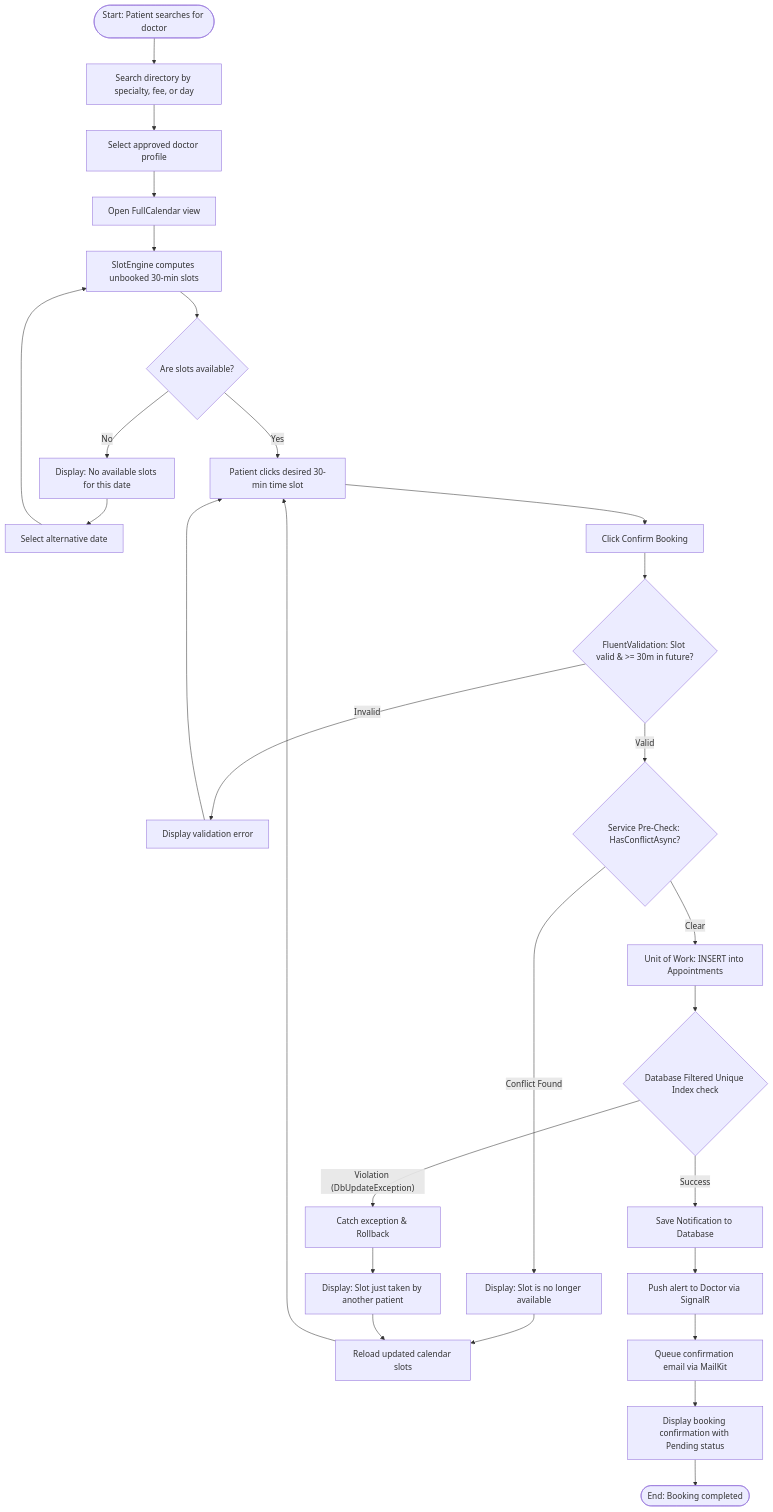
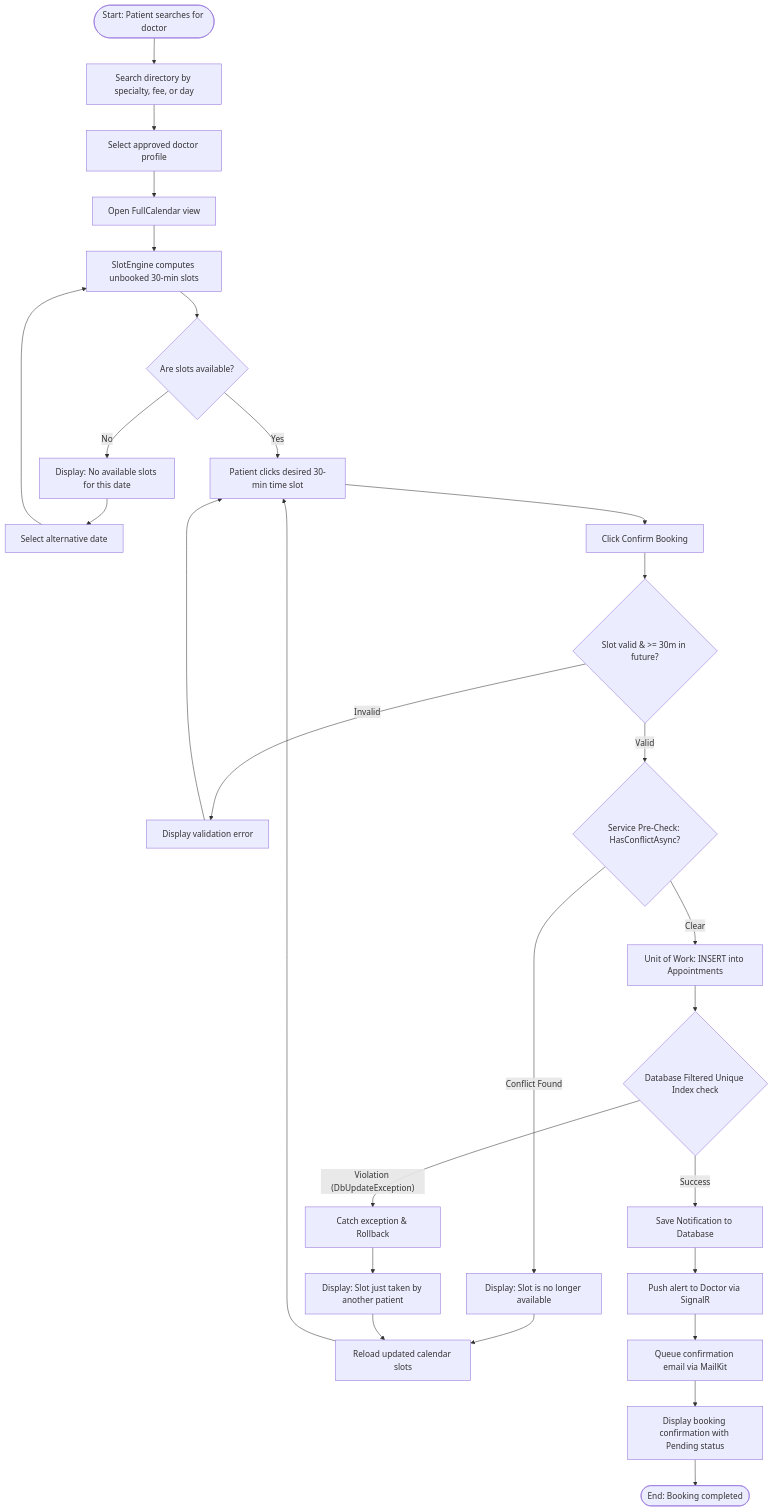
The first of 3 diagrams in docs/04-design/behavior/activity-diagrams.md (foxelhadad812-design/MediCare), drawn with Mermaid before and after one commit. The commit also changed other lines of this file and 11 other files, not shown here.

First line of the commit message:
docs(design): fix mermaid syntax issues

````diff
--- a/docs/04-design/behavior/activity-diagrams.md
+++ b/docs/04-design/behavior/activity-diagrams.md
@@ -9,38 +9,38 @@
 ```mermaid
 flowchart TD
     Start([Start: Patient searches for doctor]) --> Search[Search directory by specialty, fee, or day]
     Search --> SelectDoc[Select approved doctor profile]
     SelectDoc --> LoadCal[Open FullCalendar view]
     
     LoadCal --> CallEngine[SlotEngine computes unbooked 30-min slots]
-    CallEngine --> AnySlots{Are slots available?}
+    CallEngine --> AnySlots{"Are slots available?"}
     
     AnySlots -- No --> NoSlotsMsg[Display: No available slots for this date]
     NoSlotsMsg --> SelectDate[Select alternative date]
     SelectDate --> CallEngine
     
     AnySlots -- Yes --> PickSlot[Patient clicks desired 30-min time slot]
     PickSlot --> SubmitBook[Click Confirm Booking]
     
-    SubmitBook --> ValidateReq{FluentValidation: Slot valid & >= 30m in future?}
+    SubmitBook --> ValidateReq{"Slot valid & >= 30m in future?"}
     ValidateReq -- Invalid --> ShowValErr[Display validation error]
     ShowValErr --> PickSlot
     
-    ValidateReq -- Valid --> PreCheck{Service Pre-Check: HasConflictAsync?}
+    ValidateReq -- Valid --> PreCheck{"Service Pre-Check: HasConflictAsync?"}
     PreCheck -- Conflict Found --> SlotTaken[Display: Slot is no longer available]
     SlotTaken --> RefreshSlots[Reload updated calendar slots]
     RefreshSlots --> PickSlot
     
     PreCheck -- Clear --> DBInsert[Unit of Work: INSERT into Appointments]
-    DBInsert --> CatchDbEx{Database Filtered Unique Index check}
+    DBInsert --> CatchDbEx{"Database Filtered Unique Index check"}
     
     CatchDbEx -- Violation (DbUpdateException) --> HandleEx[Catch exception & Rollback]
     HandleEx --> ConflictMsg[Display: Slot just taken by another patient]
     ConflictMsg --> RefreshSlots
     
     CatchDbEx -- Success --> SaveNotif[Save Notification to Database]
     SaveNotif --> SignalRPush[Push alert to Doctor via SignalR]
     SignalRPush --> SendEmail[Queue confirmation email via MailKit]
     SendEmail --> ConfirmView[Display booking confirmation with Pending status]
     ConfirmView --> End([End: Booking completed])
 ```
````
